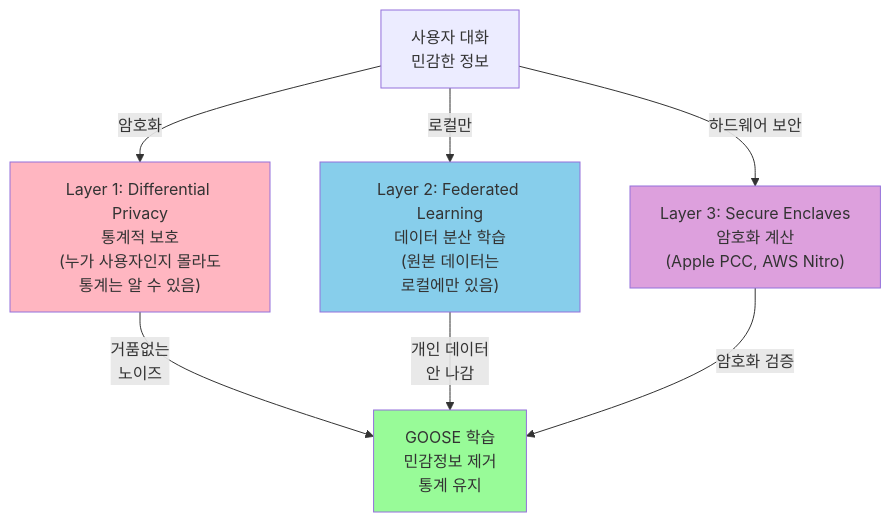
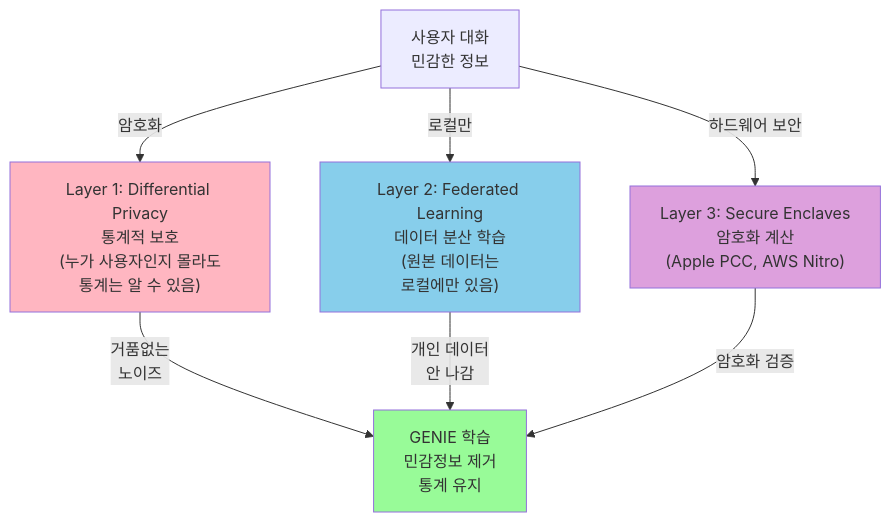
Before and after one commit to modu-ai/mink: diagram 14 of 16 in .moai/project/learning-engine.md, drawn with Mermaid. The commit also changed other lines of this file and 149 other files, not shown here.

First line of the commit message:
refactor: goose → genie 식별자 전면 치환 (L3 전환 1/2)

````diff
--- a/.moai/project/learning-engine.md
+++ b/.moai/project/learning-engine.md
@@ -1304,25 +1304,25 @@
 ```mermaid
 graph TB
     Layer1["Layer 1: Differential Privacy<br/>통계적 보호<br/>(누가 사용자인지 몰라도<br/>통계는 알 수 있음)"]
     
     Layer2["Layer 2: Federated Learning<br/>데이터 분산 학습<br/>(원본 데이터는<br/>로컬에만 있음)"]
     
     Layer3["Layer 3: Secure Enclaves<br/>암호화 계산<br/>(Apple PCC, AWS Nitro)"]
     
     Input["사용자 대화<br/>민감한 정보"]
     
     Input -->|암호화| Layer1
     Input -->|로컬만| Layer2
     Input -->|하드웨어 보안| Layer3
     
-    Output["GOOSE 학습<br/>민감정보 제거<br/>통계 유지"]
+    Output["GENIE 학습<br/>민감정보 제거<br/>통계 유지"]
     
     Layer1 -->|거품없는<br/>노이즈| Output
     Layer2 -->|개인 데이터<br/>안 나감| Output
     Layer3 -->|암호화 검증| Output
     
     style Layer1 fill:#FFB6C1
     style Layer2 fill:#87CEEB
     style Layer3 fill:#DDA0DD
     style Output fill:#98FB98
 ```
````
